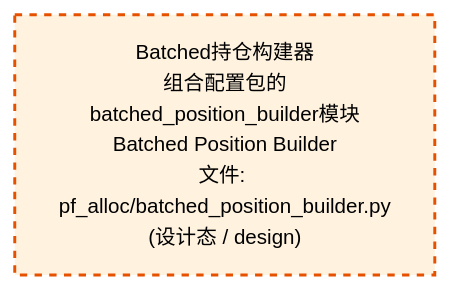
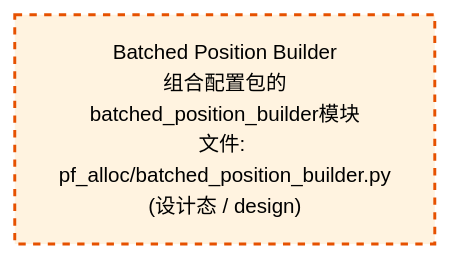
One commit to xuanFelixVan/ZephyrAlpha changed the third of 4 diagrams in docs/02_enterprise_architecture/02_domain_architecture_docs/62_d_pf_alloc.md. Above: the diagram before and after it, drawn with Mermaid. The commit also changed other lines of this file and 51 other files, not shown here.

````diff
--- a/docs/02_enterprise_architecture/02_domain_architecture_docs/62_d_pf_alloc.md
+++ b/docs/02_enterprise_architecture/02_domain_architecture_docs/62_d_pf_alloc.md
@@ -119,10 +119,10 @@
 ```mermaid
 %%{init: {'theme': 'base', 'themeVariables': {'primaryColor': '#eaeaea', 'primaryTextColor': '#333333', 'primaryBorderColor': '#666666', 'lineColor': '#666666', 'secondaryColor': '#eaeaea', 'tertiaryColor': '#eaeaea', 'fontSize': '14px'}}}%%
 flowchart TD
-    src_zephyr_pf_alloc_batched_position_builder_py["Batched持仓构建器<br/>组合配置包的batched_position_builder模块<br/>Batched Position Builder<br/>文件: pf_alloc/batched_position_builder.py<br/>(设计态 / design)"]
+    src_zephyr_pf_alloc_batched_position_builder_py["Batched Position Builder<br/>组合配置包的batched_position_builder模块<br/>文件: pf_alloc/batched_position_builder.py<br/>(设计态 / design)"]
     classDef production fill:#e1f5fe,stroke:#01579b,stroke-width:2px,color:#000
     classDef design fill:#fff3e0,stroke:#e65100,stroke-width:2px,color:#000,stroke-dasharray: 5 5
     classDef external_prod fill:#e8f4fd,stroke:#0277bd,stroke-width:1px,color:#000
     classDef external_design fill:#fff8e7,stroke:#ef6c00,stroke-width:1px,color:#000,stroke-dasharray: 5 5
     class src_zephyr_pf_alloc_batched_position_builder_py design
 ```
````
